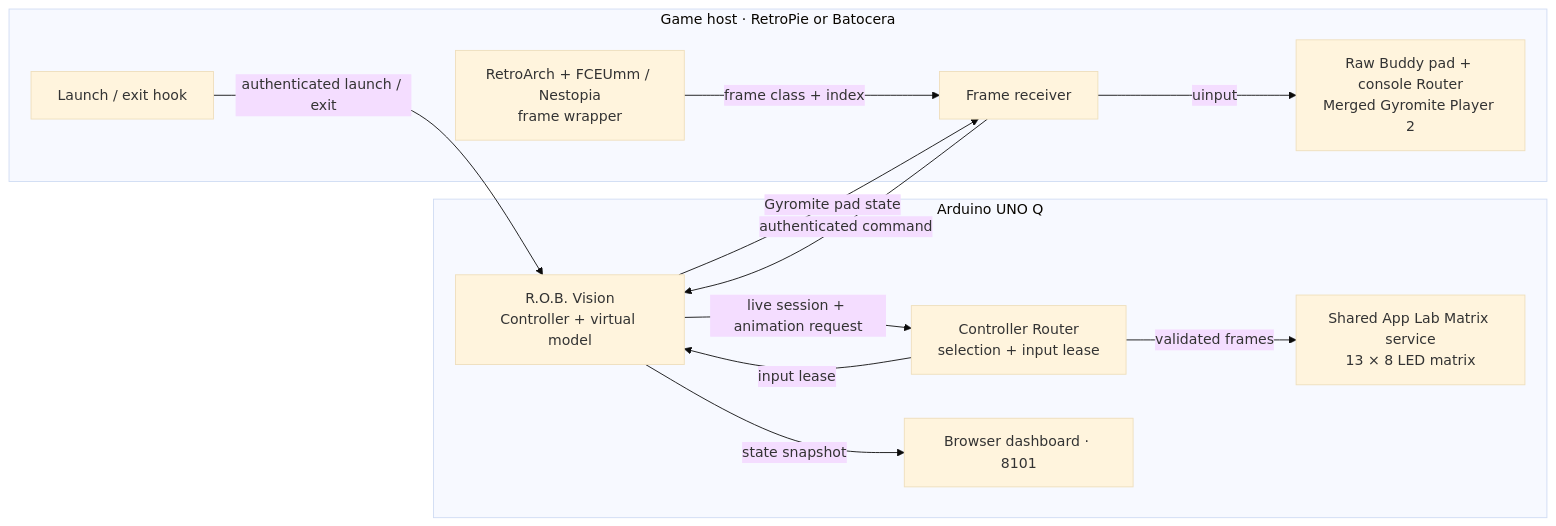
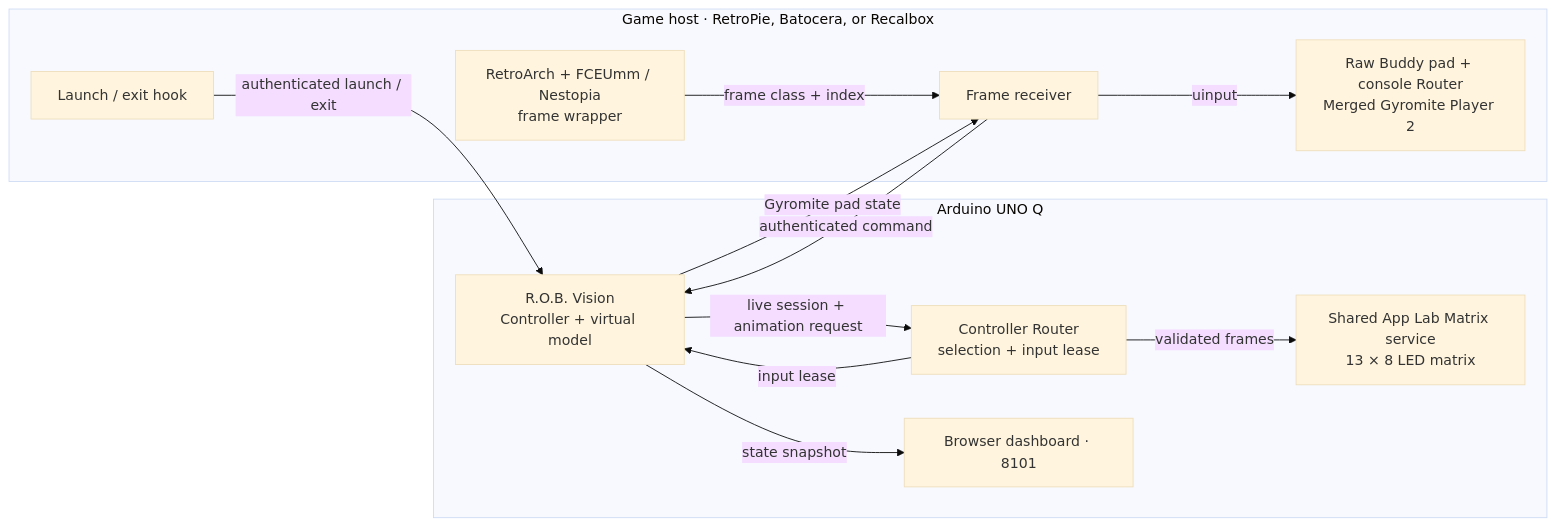
One commit to mathan416/ROB-Vision changed the diagram in docs/TECHNICAL_ARCHITECTURE.md. Above: the diagram before and after it, drawn with Mermaid (base theme). The commit also changed other lines of this file and 53 other files, not shown here.

````diff
--- a/docs/TECHNICAL_ARCHITECTURE.md
+++ b/docs/TECHNICAL_ARCHITECTURE.md
@@ -22,24 +22,24 @@
 ```mermaid
 flowchart LR
-  subgraph HOST["Game host · RetroPie or Batocera"]
+  subgraph HOST["Game host · RetroPie, Batocera, or Recalbox"]
     HOOK["Launch / exit hook"]
     WRAPPER["RetroArch + FCEUmm / Nestopia<br/>frame wrapper"]
     RECEIVER["Frame receiver"]
     PAD["Raw Buddy pad + console Router<br/>Merged Gyromite Player 2"]
     WRAPPER -->|"frame class + index"| RECEIVER
     RECEIVER -->|"uinput"| PAD
   end
   subgraph UNO["Arduino UNO Q"]
     MODEL["R.O.B. Vision<br/>Controller + virtual model"]
     ROUTER["Controller Router<br/>selection + input lease"]
     MATRIX["Shared App Lab Matrix service<br/>13 × 8 LED matrix"]
     WEB["Browser dashboard · 8101"]
     MODEL -->|"live session + animation request"| ROUTER
     ROUTER -->|"input lease"| MODEL
     ROUTER -->|"validated frames"| MATRIX
     MODEL -->|"state snapshot"| WEB
   end
   HOOK -->|"authenticated launch / exit"| MODEL
   RECEIVER -->|"authenticated command"| MODEL
   MODEL -->|"Gyromite pad state"| RECEIVER
 ```
````
